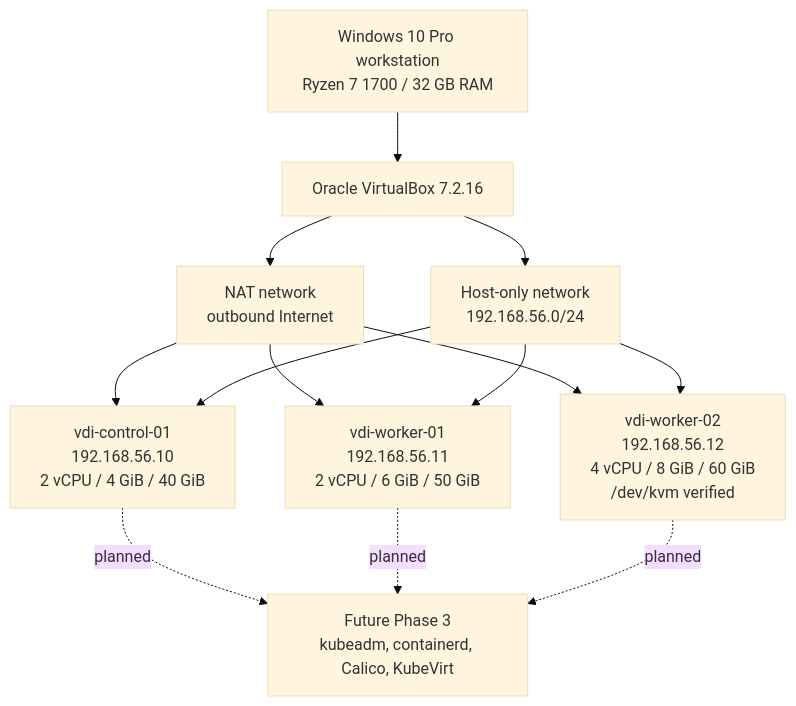
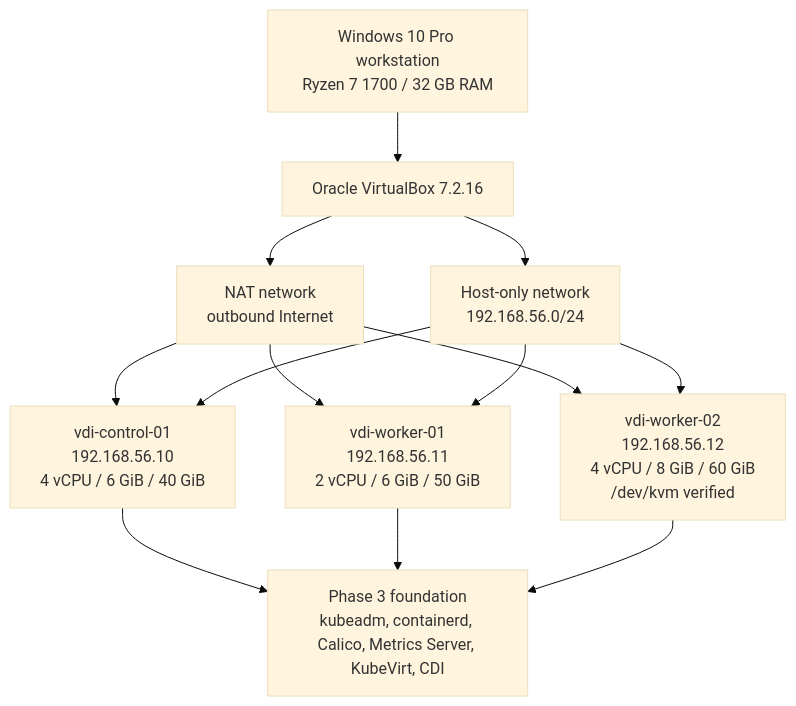
Before and after one commit to happelj/VDIForge: the third of 10 diagrams in docs/ARCHITECTURE.md, drawn with Mermaid (base theme). The commit also changed other lines of this file and 47 other files, not shown here.

Commit message:
feat: establish Kubernetes and KubeVirt foundation

````diff
--- a/docs/ARCHITECTURE.md
+++ b/docs/ARCHITECTURE.md
@@ -79,24 +79,24 @@
 ```mermaid
 flowchart TB
   HW[Windows 10 Pro workstation<br/>Ryzen 7 1700 / 32 GB RAM]
   VBox[Oracle VirtualBox 7.2.16]
   NAT[NAT network<br/>outbound Internet]
   HostOnly[Host-only network<br/>192.168.56.0/24]
-  CP[vdi-control-01<br/>192.168.56.10<br/>2 vCPU / 4 GiB / 40 GiB]
+  CP[vdi-control-01<br/>192.168.56.10<br/>4 vCPU / 6 GiB / 40 GiB]
   W1[vdi-worker-01<br/>192.168.56.11<br/>2 vCPU / 6 GiB / 50 GiB]
   W2[vdi-worker-02<br/>192.168.56.12<br/>4 vCPU / 8 GiB / 60 GiB<br/>/dev/kvm verified]
-  Future[Future Phase 3<br/>kubeadm, containerd, Calico, KubeVirt]
+  Cluster[Phase 3 foundation<br/>kubeadm, containerd, Calico, Metrics Server, KubeVirt, CDI]
 
   HW --> VBox
   VBox --> NAT
   VBox --> HostOnly
   NAT --> CP
   NAT --> W1
   NAT --> W2
   HostOnly --> CP
   HostOnly --> W1
   HostOnly --> W2
-  CP -. planned .-> Future
-  W1 -. planned .-> Future
-  W2 -. planned .-> Future
+  CP --> Cluster
+  W1 --> Cluster
+  W2 --> Cluster
 ```
````
